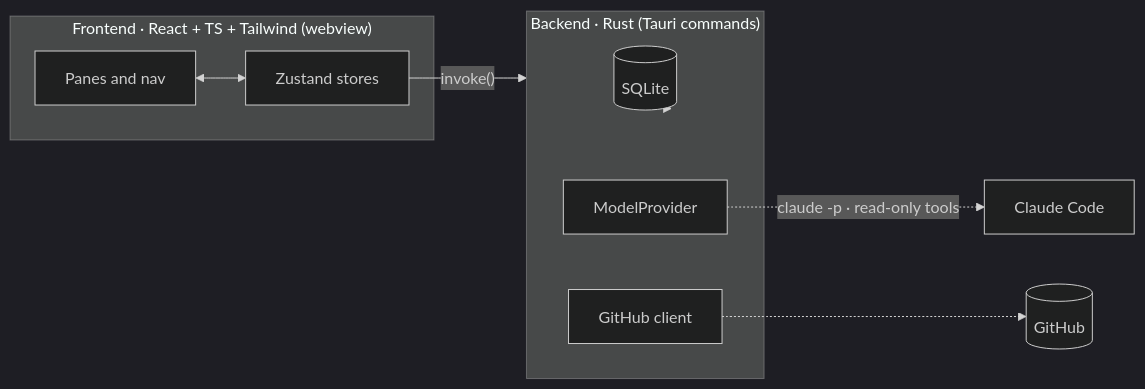
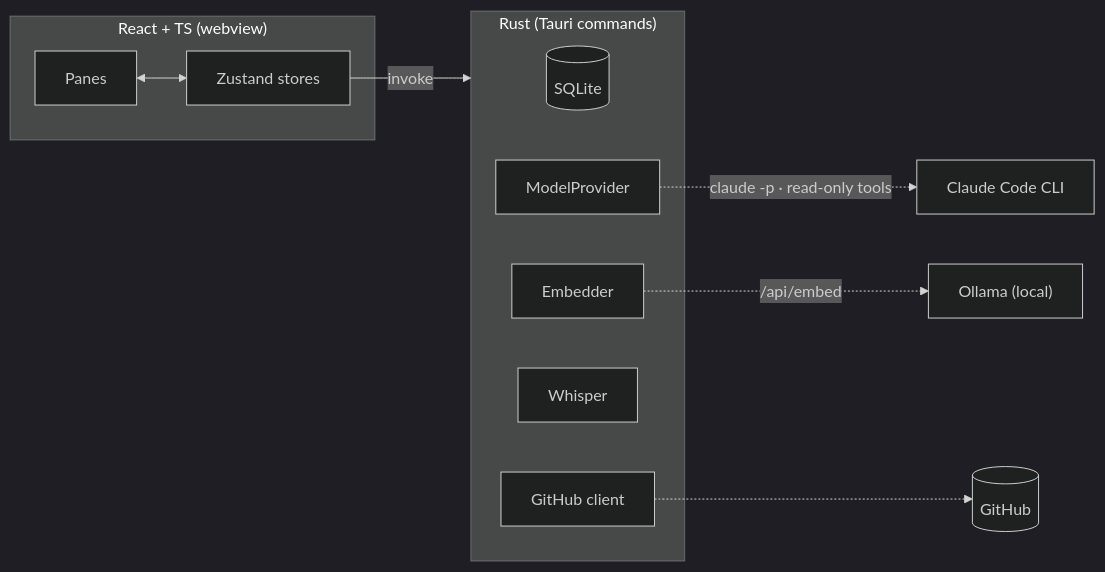
One commit to hotredsam/Review-Helper changed the third of 3 diagrams in README.md. Above: the diagram before and after it, drawn with Mermaid (dark theme). The commit also changed other lines of this file and 10 other files, not shown here.

````diff
--- a/README.md
+++ b/README.md
@@ -111,17 +94,17 @@
 ```mermaid
 flowchart LR
-    subgraph FE["Frontend · React + TS + Tailwind (webview)"]
-        UI["Panes and nav"]
-        ZS["Zustand stores"]
+    subgraph FE["React + TS (webview)"]
+        UI["Panes"] <--> ZS["Zustand stores"]
     end
-    subgraph BE["Backend · Rust (Tauri commands)"]
+    subgraph BE["Rust (Tauri commands)"]
         SQL[("SQLite")]
         MP["ModelProvider"]
+        EMB["Embedder"]
+        WSP["Whisper"]
         GHC["GitHub client"]
     end
-    UI <--> ZS
-    ZS -->|"invoke()"| BE
-    MP -.->|"claude -p · read-only tools"| CC["Claude Code"]
+    ZS -->|invoke| BE
+    MP -.->|"claude -p · read-only tools"| CC["Claude Code CLI"]
+    EMB -.->|/api/embed| OL["Ollama (local)"]
     GHC -.-> GH[("GitHub")]
-    BE --> SQL
 ```
````
